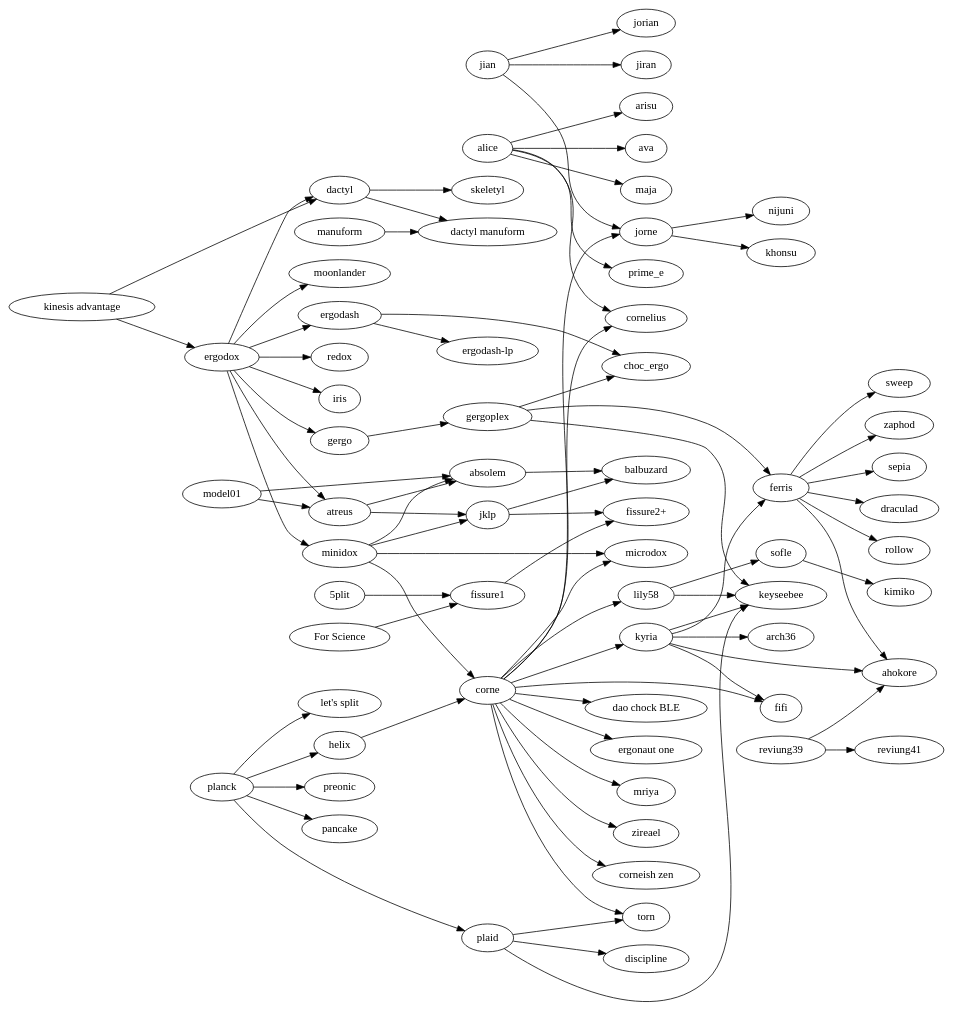
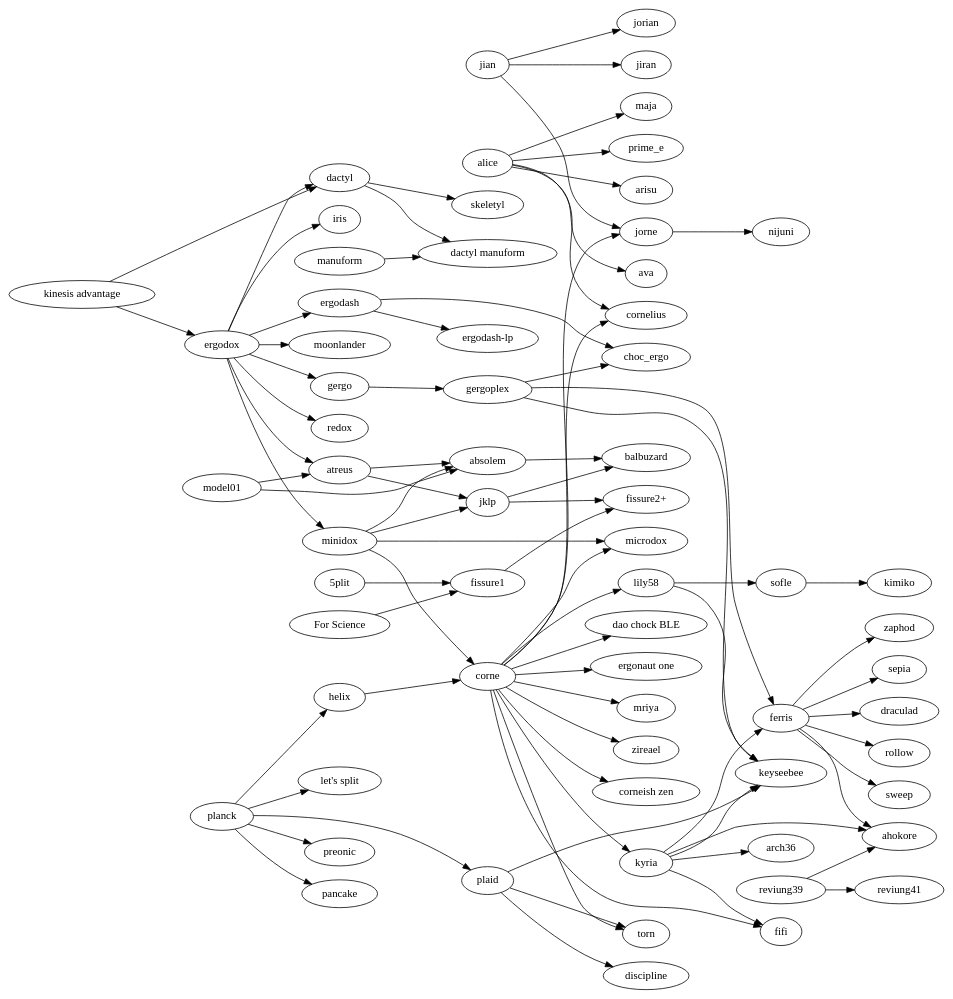
One commit to joric/graph changed the diagram in tree.gv. Above: the diagram before and after it, drawn with Graphviz.

```diff
--- a/tree.gv
+++ b/tree.gv
@@ -1,149 +1,148 @@
 digraph {
   rankdir=LR;
 
   subgraph splits {
     helix -> corne;
 
     jian -> {
       jorian;
       jorne;
       jiran;
     }
 
     jorne -> {
       nijuni;
-      khonsu;
     }
 
     corne -> {
       "corneish zen";
       cornelius;
       fifi;
       kyria;
       lily58;
       microdox;
       torn;
       jorne;
       "dao chock BLE";
       "ergonaut one";
       mriya;
       zireael;
     };
 
     lily58 -> {
       keyseebee;
       sofle;
     };
 
     kyria -> {
         ahokore;
         arch36;
         ferris;
         fifi;
         keyseebee;
     };
 
     "kinesis advantage" -> {
       ergodox;
       dactyl;
     };
 
     ergodox -> {
       atreus;
       dactyl;
       ergodash;
       gergo;
       iris;
       minidox;
       moonlander;
       redox;
     };
 
     ergodash -> {
       "ergodash-lp";
       choc_ergo;
     };
 
     gergo -> gergoplex;
     gergoplex -> {
       choc_ergo;
       ferris;
       keyseebee;
     };
 
     ferris -> {
       ahokore;
       sepia;
       draculad;
       rollow;
       sweep;
       zaphod;
     };
 
     manuform -> "dactyl manuform";
 
     minidox -> {
       absolem;
       corne;
       microdox;
       jklp;
     };
 
     model01 -> {
       absolem;
       atreus;
     };
 
     sofle -> kimiko;
 
     "5plit" -> "fissure1";
     "For Science" -> "fissure1";
     fissure1 -> "fissure2+";
     jklp -> "fissure2+";
   }
 
   subgraph unibody {
     atreus -> {
       absolem;
       jklp;
     };
     jklp -> balbuzard;
     absolem -> balbuzard;
     reviung39 -> {
       ahokore;
       reviung41;
     };
   };
 
   subgraph ortholinear {
     plaid -> {
       discipline;
       keyseebee;
       torn;
     };
     planck -> {
       helix;
       "let's split";
       plaid;
       preonic;
       pancake;
     };
   }
 
   subgraph {
     dactyl -> {
       "dactyl manuform";
       skeletyl;
     }
   }
 
   subgraph alicefamily {
     alice -> {
       arisu;
       ava;
       cornelius;
       maja;
       prime_e;
     }
   }
 }
```
